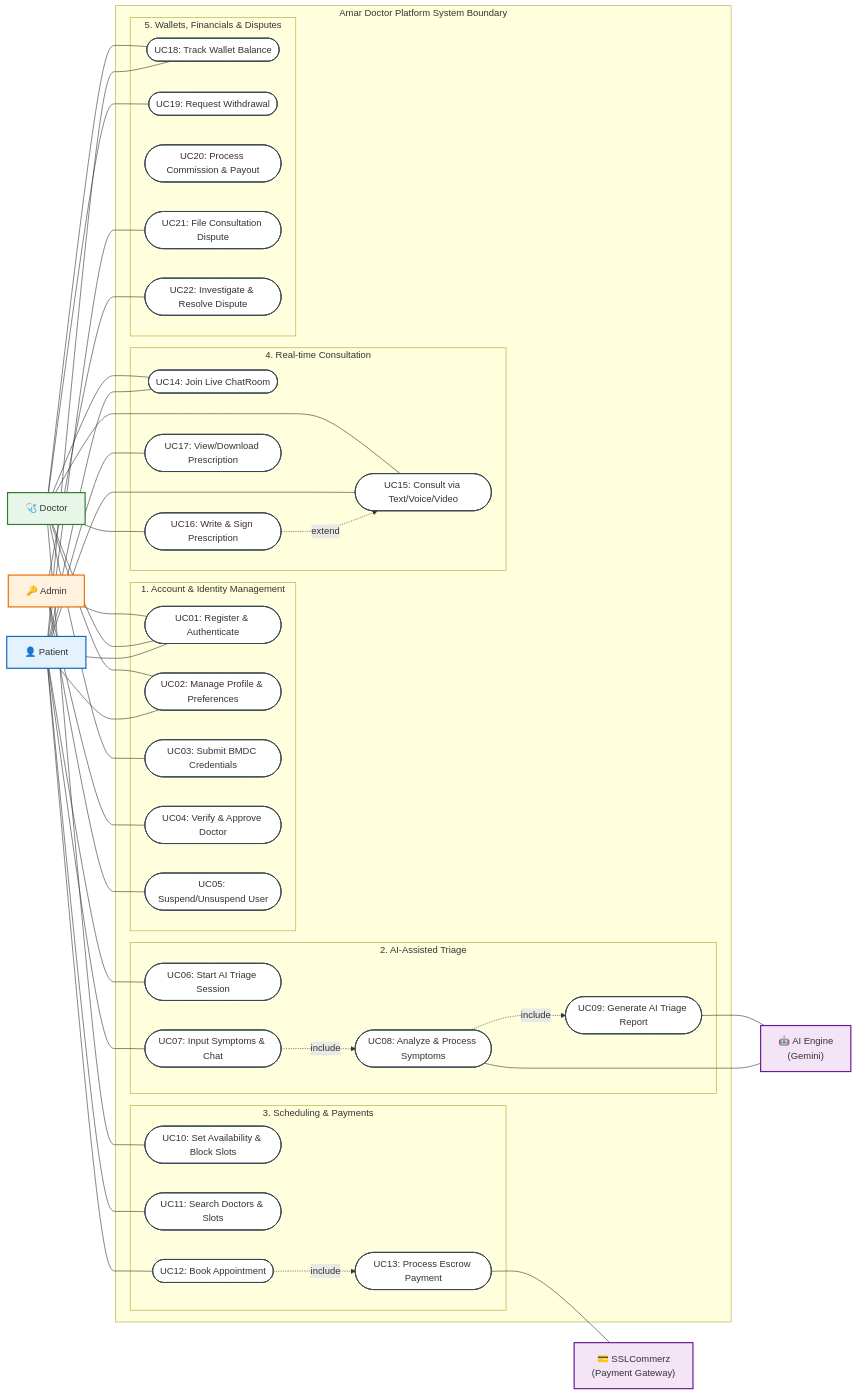
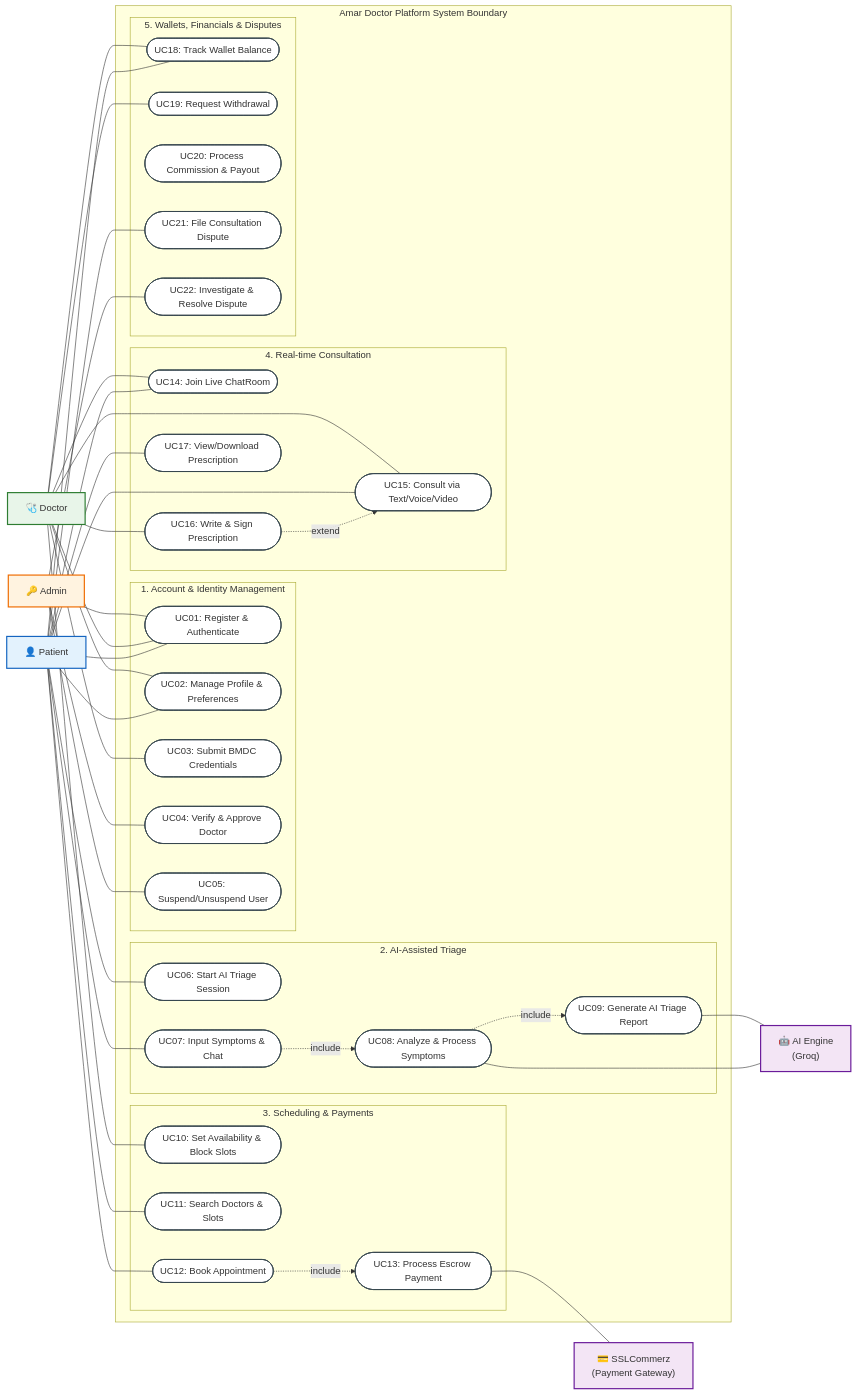
The diagram in core/docs/use_case_diagram.md (reshadMajumder/amar-doctor), drawn with Mermaid before and after one commit. The commit also changed other lines of this file and 12 other files, not shown here.

```diff
--- a/core/docs/use_case_diagram.md
+++ b/core/docs/use_case_diagram.md
@@ -28,7 +28,7 @@
 
     %% Supporting Actors (Right/Bottom Side)
     Admin["🔑 Admin"]:::admin
-    AIEngine["🤖 AI Engine\n(Gemini)"]:::system
+    AIEngine["🤖 AI Engine\n(Groq)"]:::system
     Gateway["💳 SSLCommerz\n(Payment Gateway)"]:::system
 
     %% Styling Definitions
```
